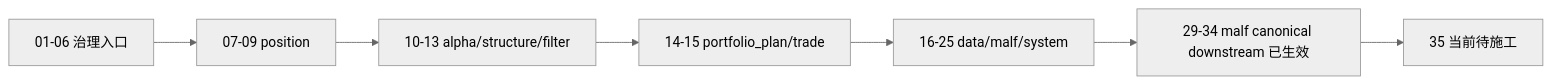
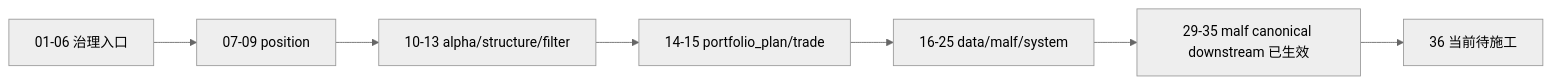
The diagram in docs/03-execution/C-system-completion-ledger-20260409.md (everything-is-simple/lifespan-0.01), drawn with Mermaid (neutral theme) before and after one commit. The commit also changed other lines of this file and 22 other files, not shown here.

````diff
--- a/docs/03-execution/C-system-completion-ledger-20260409.md
+++ b/docs/03-execution/C-system-completion-ledger-20260409.md
@@ -31,9 +31,9 @@
 ```mermaid
 flowchart LR
     G01["01-06 治理入口"] --> P07["07-09 position"]
     P07 --> A10["10-13 alpha/structure/filter"]
     A10 --> T14["14-15 portfolio_plan/trade"]
     T14 --> D16["16-25 data/malf/system"]
-    D16 --> M29["29-34 malf canonical downstream 已生效"]
-    M29 --> NEXT["35 当前待施工"]
+    D16 --> M29["29-35 malf canonical downstream 已生效"]
+    M29 --> NEXT["36 当前待施工"]
 ```
````
